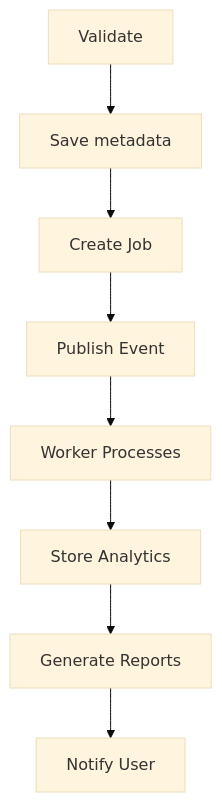
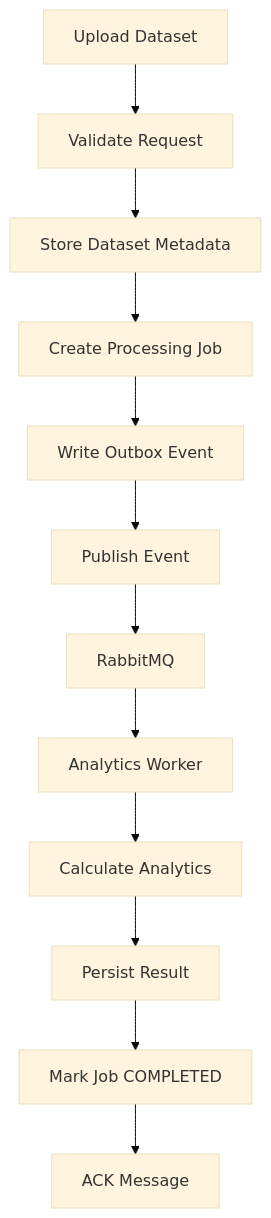
The second of 22 diagrams in README.md (sourav-harsh/InsightFlow), drawn with Mermaid (base theme) before and after one commit. The commit also changed other lines of this file, not shown here.

````diff
--- a/README.md
+++ b/README.md
@@ -32,5 +125,14 @@
 ```mermaid
 flowchart TD
- A[Validate] --> B[Save metadata] --> C[Create Job] --> D[Publish Event] --> E[Worker Processes] --> F[Store Analytics] --> G[Generate Reports] --> H[Notify User]
-
+    A[Upload Dataset] --> B[Validate Request]
+    B --> C[Store Dataset Metadata]
+    C --> D[Create Processing Job]
+    D --> E[Write Outbox Event]
+    E --> F[Publish Event]
+    F --> G[RabbitMQ]
+    G --> H[Analytics Worker]
+    H --> I[Calculate Analytics]
+    I --> J[Persist Result]
+    J --> K[Mark Job COMPLETED]
+    K --> L[ACK Message]
 ```
````
